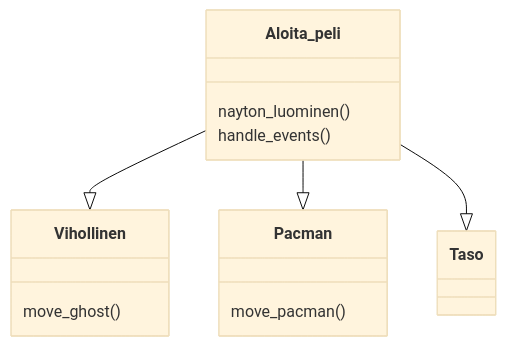
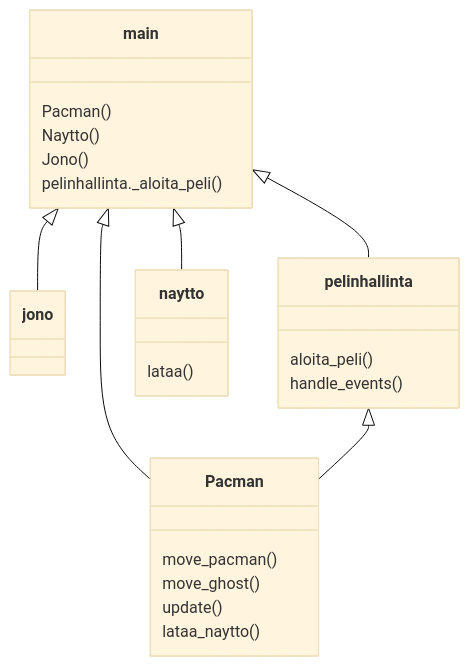
Before and after one commit to tuovinenemma/ot-harjoitustyo1: the diagram in dokumentaatio/arkkitehtuuri.md, drawn with Mermaid (base theme).

````diff
--- a/dokumentaatio/arkkitehtuuri.md
+++ b/dokumentaatio/arkkitehtuuri.md
@@ -1,30 +1,42 @@
 ```mermaid
 classDiagram
-  Aloita_peli--|>Vihollinen
-  Aloita_peli--|>Pacman
-  Aloita_peli--|>Taso
+  main<|--Pacman
+  main<|--jono
+  main<|--pelinhallinta
+  main<|--naytto
+  pelinhallinta<|--Pacman
 
-  class Pacman{
-    move_pacman()
+  class main{
+    Pacman()
+    Naytto()
+    Jono()
+    pelinhallinta._aloita_peli()
 
   }
 
-  class Vihollinen{
-    move_ghost()
+  class jono{
+    
 
   }
 
-  class Aloita_peli{
-    nayton_luominen()
+  class pelinhallinta{
+    aloita_peli()
     handle_events()
 
   }
 
-  class Taso{
+  class naytto{
+    lataa()
 
+  }
+
+   class Pacman{
+  move_pacman()
+  move_ghost()
+  update()
+  lataa_naytto()
 
   }
 
 
-
 ```
````
